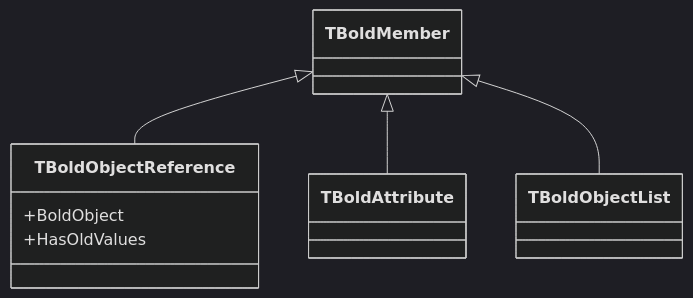
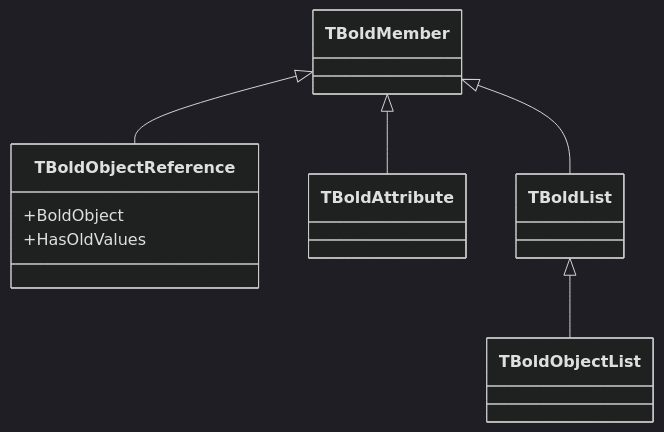
Before and after one commit to bero/BoldForDelphi: the first of 3 diagrams in docs/classes/TBoldObjectReference.md, drawn with Mermaid (dark theme). The commit also changed other lines of this file and 43 other files, not shown here.

````diff
--- a/docs/classes/TBoldObjectReference.md
+++ b/docs/classes/TBoldObjectReference.md
@@ -23,13 +30,14 @@
 ```mermaid
 classDiagram
     TBoldMember <|-- TBoldObjectReference
     TBoldMember <|-- TBoldAttribute
-    TBoldMember <|-- TBoldObjectList
+    TBoldMember <|-- TBoldList
+    TBoldList <|-- TBoldObjectList
 
     TBoldObjectReference : +BoldObject
     TBoldObjectReference : +HasOldValues
 
     click TBoldMember href "../TBoldMember/" "TBoldMember documentation"
     click TBoldAttribute href "../TBoldAttribute/" "TBoldAttribute documentation"
     click TBoldObjectList href "../TBoldObjectList/" "TBoldObjectList documentation"
 ```
````
